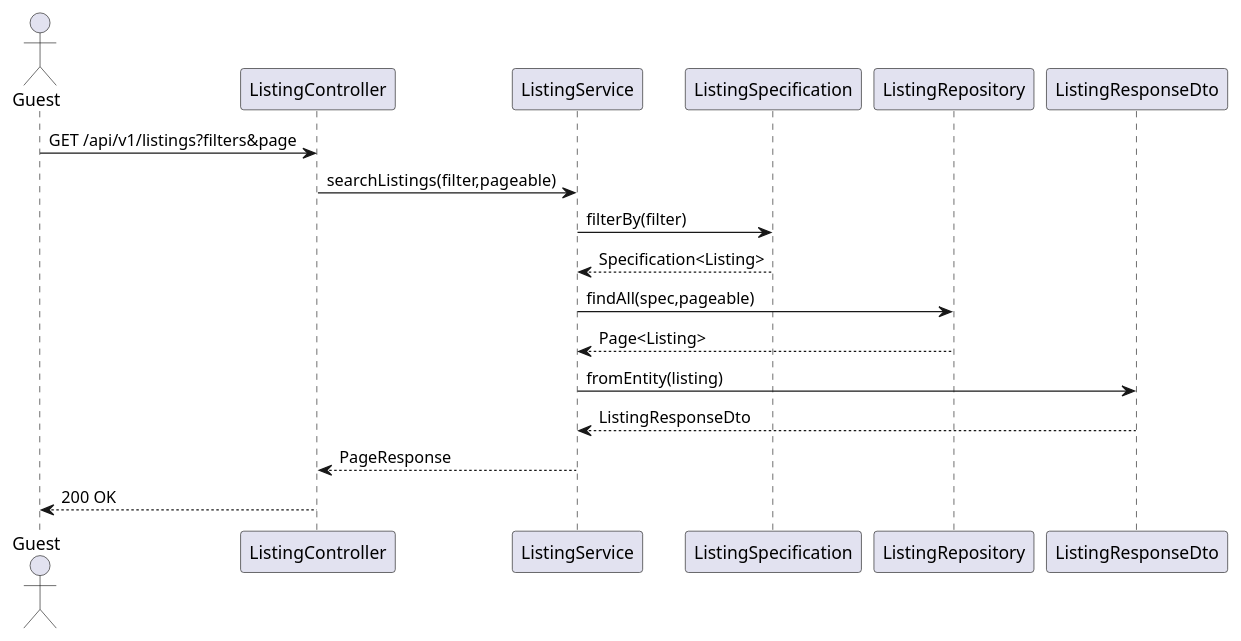
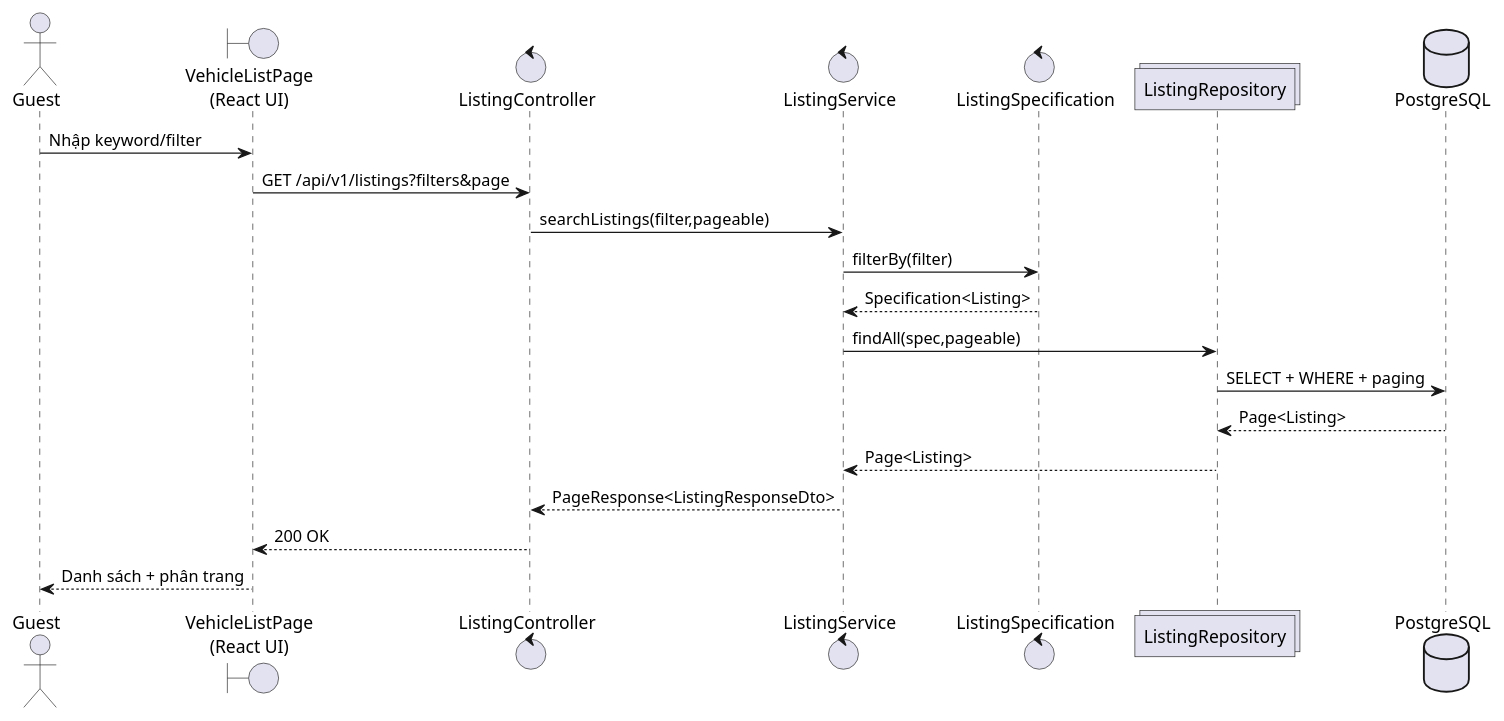
One commit to Trung-Khang/AutoTrade changed the second of 6 diagrams in docs/UML/Sequence_Diagrams.md. Above: the diagram before and after it, drawn with PlantUML. The commit also changed other lines of this file and 36 other files, not shown here.

Commit message:
docs(tv5): add UML diagrams and update progress report 1/10/2026

````diff
--- a/docs/UML/Sequence_Diagrams.md
+++ b/docs/UML/Sequence_Diagrams.md
@@ -105,21 +80,24 @@
 ```plantuml
 @startuml
-actor Guest
-participant "ListingController" as C
-participant "ListingService" as S
-participant "ListingSpecification" as SP
-participant "ListingRepository" as R
-participant "ListingResponseDto" as D
+actor "Guest" as A
+boundary "VehicleListPage\n(React UI)" as UI
+control "ListingController" as C
+control "ListingService" as S
+control "ListingSpecification" as SP
+collections "ListingRepository" as R
+database "PostgreSQL" as DB
 
-Guest -> C: GET /api/v1/listings?filters&page
-C -> S: searchListings(filter,pageable)
-S -> SP: filterBy(filter)
-SP --> S: Specification<Listing>
-S -> R: findAll(spec,pageable)
-R --> S: Page<Listing>
-S -> D: fromEntity(listing)
-D --> S: ListingResponseDto
-S --> C: PageResponse
-C --> Guest: 200 OK
+A -> UI : Nhập keyword/filter
+UI -> C : GET /api/v1/listings?filters&page
+C -> S : searchListings(filter,pageable)
+S -> SP : filterBy(filter)
+SP --> S : Specification<Listing>
+S -> R : findAll(spec,pageable)
+R -> DB : SELECT + WHERE + paging
+DB --> R : Page<Listing>
+R --> S : Page<Listing>
+S --> C : PageResponse<ListingResponseDto>
+C --> UI : 200 OK
+UI --> A : Danh sách + phân trang
 @enduml
 ```
````
